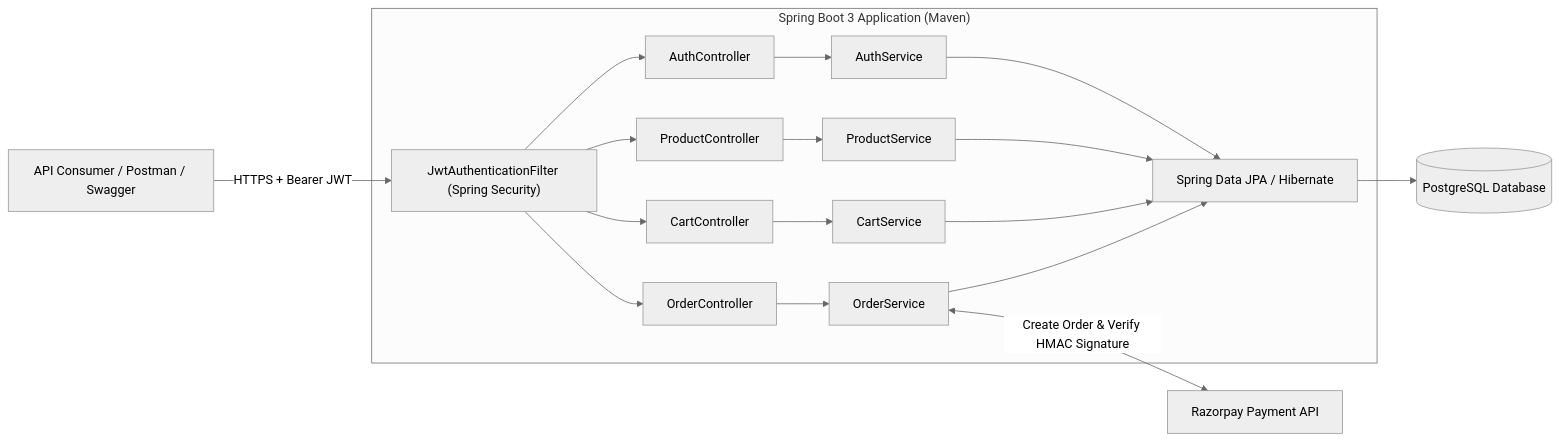
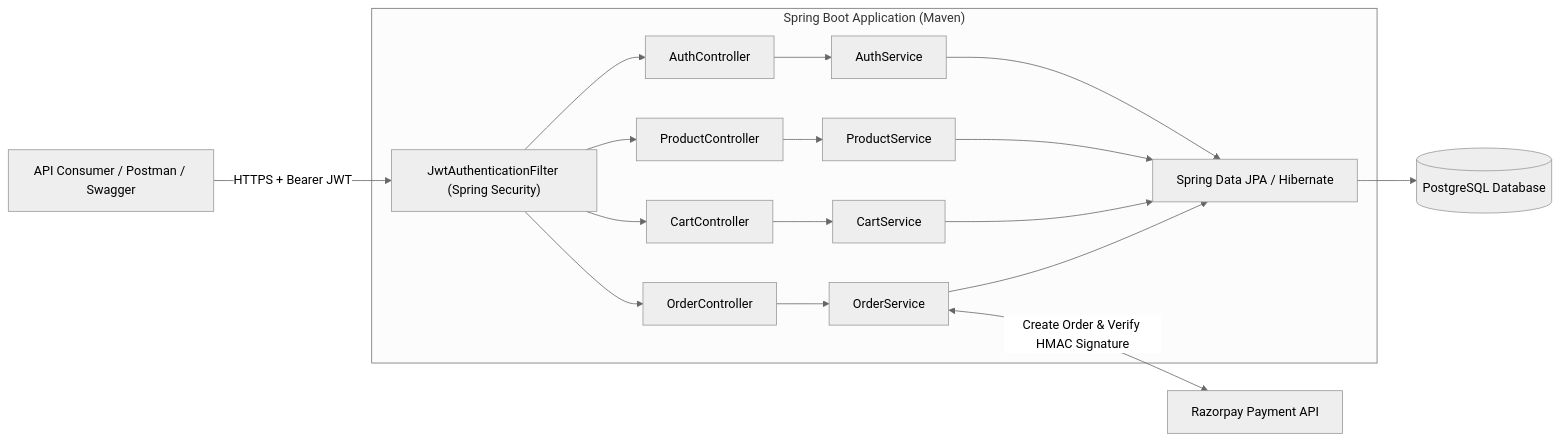
Before and after one commit to SanthoshBussa/ecommerce-management-system: the diagram in README.md, drawn with Mermaid (neutral theme). The commit also changed other lines of this file, not shown here.

Commit message:
chore: update to 1.6+ yrs exp, 4 target job domains, remove JUnit/Mockito, Spring Boot version & DSA complexities

````diff
--- a/README.md
+++ b/README.md
@@ -35,21 +35,21 @@
 ```mermaid
 flowchart LR
     Client["API Consumer / Postman / Swagger"] -->|HTTPS + Bearer JWT| Filter["JwtAuthenticationFilter (Spring Security)"]
 
-    subgraph SpringBoot ["Spring Boot 3 Application (Maven)"]
+    subgraph SpringBoot ["Spring Boot Application (Maven)"]
         Filter --> AuthCtrl["AuthController"]
         Filter --> ProdCtrl["ProductController"]
         Filter --> CartCtrl["CartController"]
         Filter --> OrderCtrl["OrderController"]
 
         AuthCtrl --> AuthSvc["AuthService"]
         ProdCtrl --> ProdSvc["ProductService"]
         CartCtrl --> CartSvc["CartService"]
         OrderCtrl --> OrderSvc["OrderService"]
 
         AuthSvc & ProdSvc & CartSvc & OrderSvc --> JPA["Spring Data JPA / Hibernate"]
     end
 
     JPA --> PG[("PostgreSQL Database")]
     OrderSvc <-->|Create Order & Verify HMAC Signature| RZP["Razorpay Payment API"]
 ```
````
